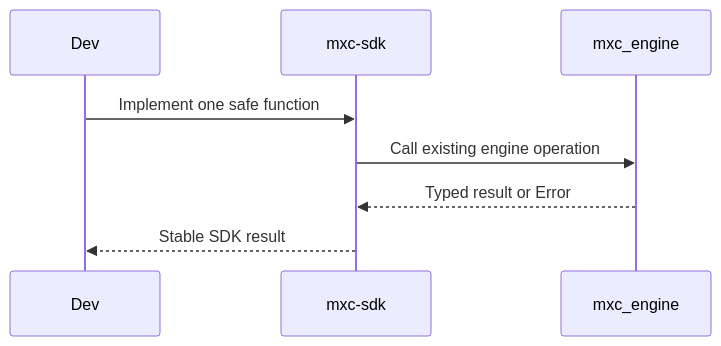
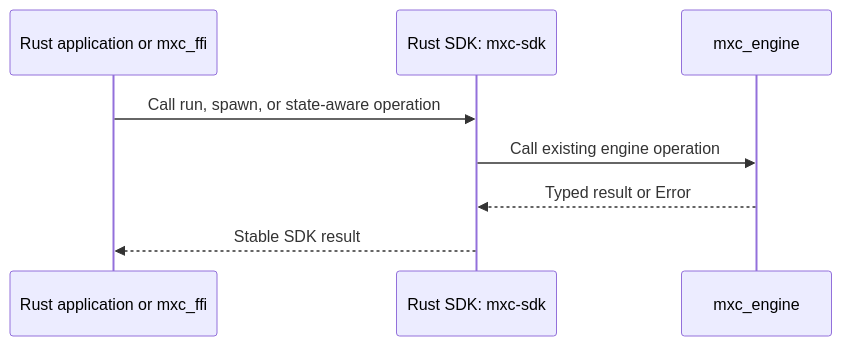
The third of 3 diagrams in docs/designs/SDK/01-shared-rust-api.md (microsoft/mxc), drawn with Mermaid before and after one commit. The commit also changed other lines of this file and 3 other files, not shown here.

````diff
--- a/docs/designs/SDK/01-shared-rust-api.md
+++ b/docs/designs/SDK/01-shared-rust-api.md
@@ -58,10 +64,10 @@
 ```mermaid
 sequenceDiagram
-    participant Dev
-    participant SDK as mxc-sdk
+    participant Caller as Rust application or mxc_ffi
+    participant SDK as Rust SDK: mxc-sdk
     participant Engine as mxc_engine
-    Dev->>SDK: Implement one safe function
+    Caller->>SDK: Call run, spawn, or state-aware operation
     SDK->>Engine: Call existing engine operation
     Engine-->>SDK: Typed result or Error
-    SDK-->>Dev: Stable SDK result
+    SDK-->>Caller: Stable SDK result
 ```
````
